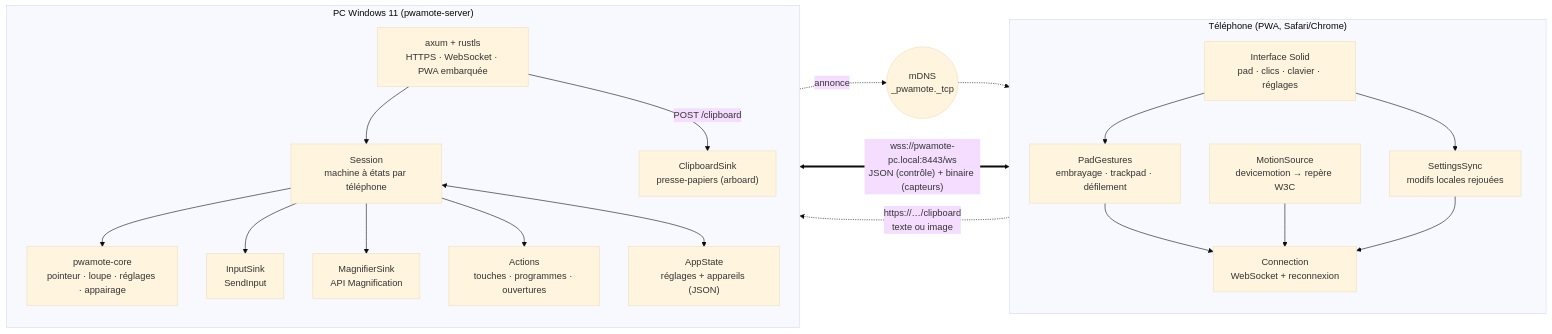
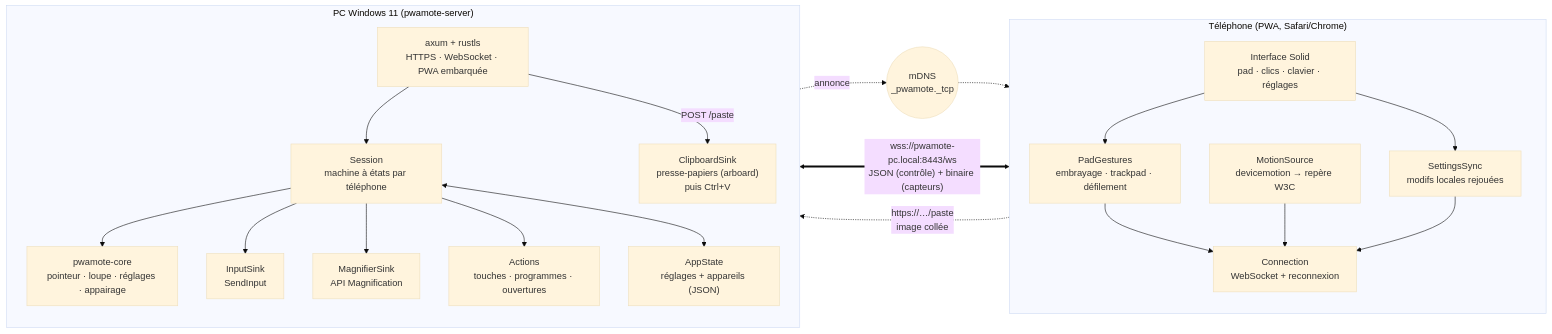
Before and after one commit to wardensfx/pwamote: the first of 18 diagrams in docs/architecture.md, drawn with Mermaid (base theme). The commit also changed other lines of this file and 15 other files, not shown here.

First line of the commit message:
feat: une image collée dans le champ du clavier est collée sur le PC

````diff
--- a/docs/architecture.md
+++ b/docs/architecture.md
@@ -7,37 +7,37 @@
 ```mermaid
 flowchart LR
   subgraph Phone["Téléphone (PWA, Safari/Chrome)"]
     direction TB
     UI["Interface Solid<br/>pad · clics · clavier · réglages"]
     MOT["MotionSource<br/>devicemotion → repère W3C"]
     PAD["PadGestures<br/>embrayage · trackpad · défilement"]
     SYNC["SettingsSync<br/>modifs locales rejouées"]
     CONN["Connection<br/>WebSocket + reconnexion"]
     UI --> PAD --> CONN
     MOT --> CONN
     UI --> SYNC --> CONN
   end
 
   subgraph PC["PC Windows 11 (pwamote-server)"]
     direction TB
     WEB["axum + rustls<br/>HTTPS · WebSocket · PWA embarquée"]
     SES["Session<br/>machine à états par téléphone"]
     CORE["pwamote-core<br/>pointeur · loupe · réglages · appairage"]
     IN["InputSink<br/>SendInput"]
     MAG["MagnifierSink<br/>API Magnification"]
-    CLIP["ClipboardSink<br/>presse-papiers (arboard)"]
+    CLIP["ClipboardSink<br/>presse-papiers (arboard)<br/>puis Ctrl+V"]
     ACT["Actions<br/>touches · programmes · ouvertures"]
     ST["AppState<br/>réglages + appareils (JSON)"]
     WEB --> SES --> CORE
     SES --> IN
     SES --> MAG
     SES --> ACT
     SES <--> ST
-    WEB -- "POST /clipboard" --> CLIP
+    WEB -- "POST /paste" --> CLIP
   end
 
   CONN <== "wss://pwamote-pc.local:8443/ws<br/>JSON (contrôle) + binaire (capteurs)" ==> WEB
-  UI -. "https://…/clipboard<br/>texte ou image" .-> WEB
+  UI -. "https://…/paste<br/>image collée" .-> WEB
   MDNS(("mDNS<br/>_pwamote._tcp")) -.-> Phone
   WEB -.annonce.-> MDNS
 ```
````
